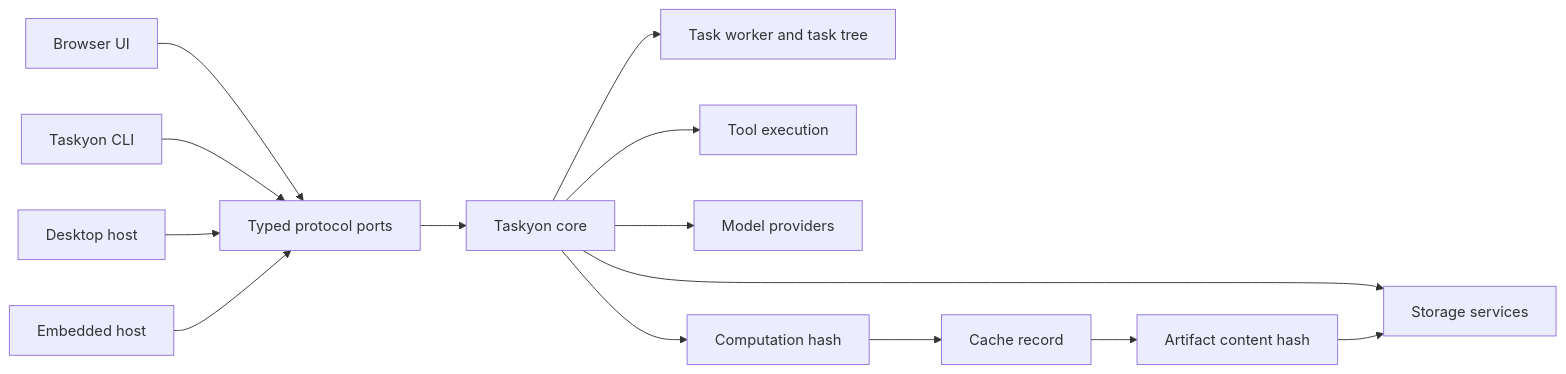
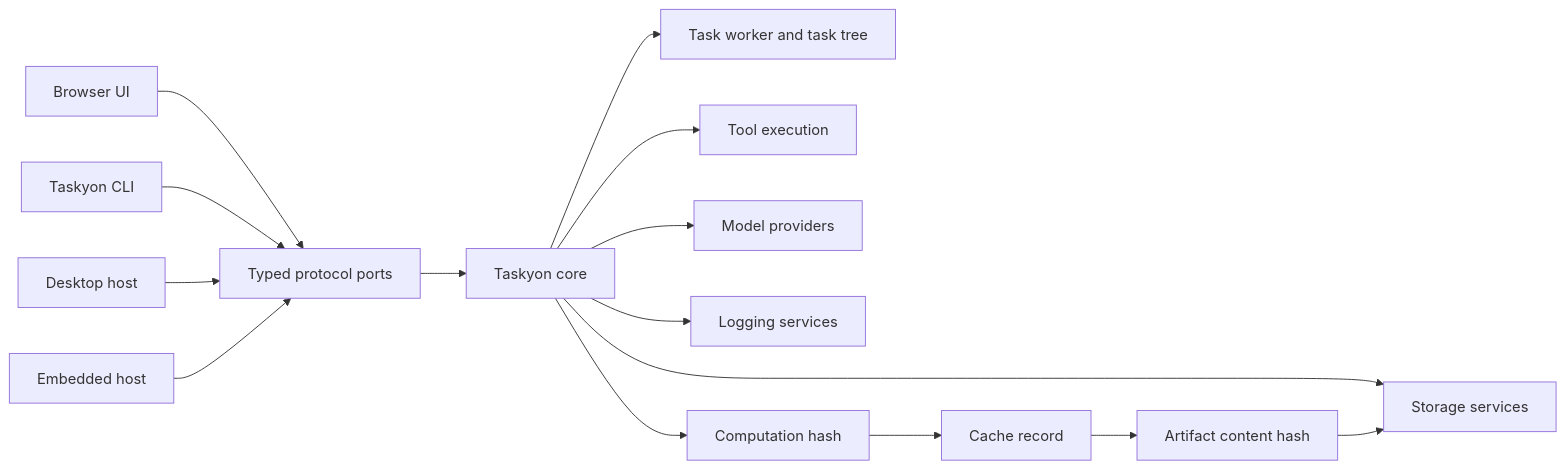
One commit to Xyntopia/taskyon changed the diagram in public/docs/developer/architecture.md. Above: the diagram before and after it, drawn with Mermaid. The commit also changed other lines of this file and 38 other files, not shown here.

````diff
--- a/public/docs/developer/architecture.md
+++ b/public/docs/developer/architecture.md
@@ -16,16 +18,17 @@
 ```mermaid
 flowchart LR
   Browser[Browser UI] --> Ports[Typed protocol ports]
   Cli[Taskyon CLI] --> Ports
   Desktop[Desktop host] --> Ports
   Embed[Embedded host] --> Ports
   Ports --> Core[Taskyon core]
   Core --> Tasks[Task worker and task tree]
   Core --> Tools[Tool execution]
   Core --> Models[Model providers]
   Core --> Storage[Storage services]
+  Core --> Logs[Logging services]
   Core --> ComputeHash[Computation hash]
   ComputeHash --> Cache[Cache record]
   Cache --> ArtifactHash[Artifact content hash]
   ArtifactHash --> Storage
 ```
````
